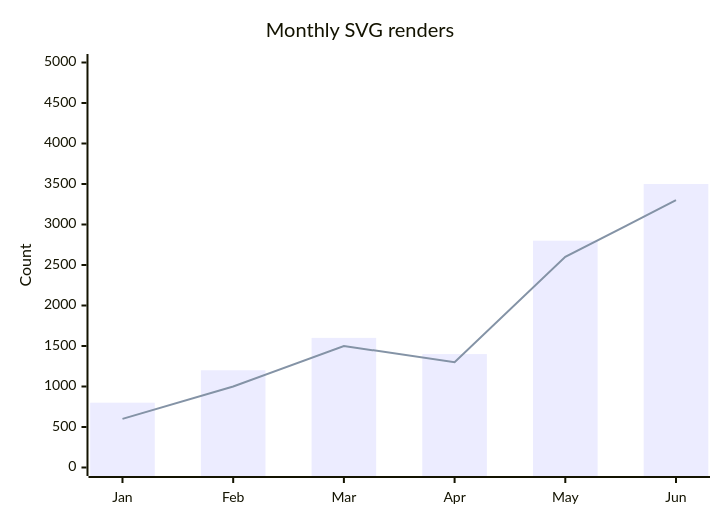
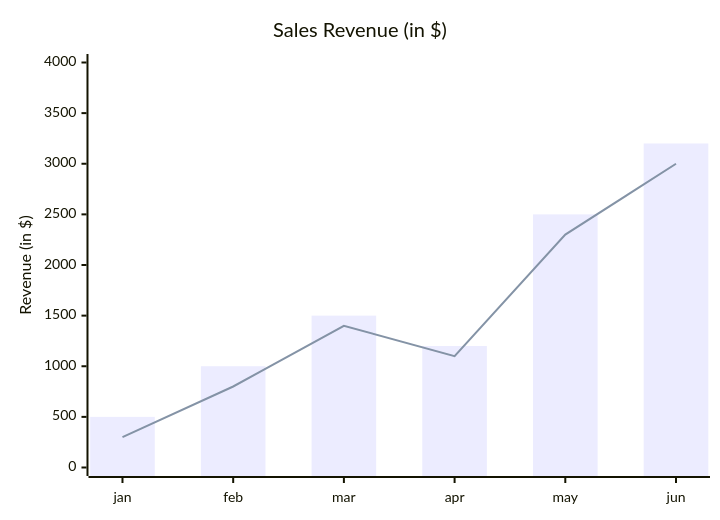
Before and after one commit to nullean/mermaider: diagram 18 of 26 in tests/Mermaider.Tests/Fixtures/mermaid.md, drawn with Mermaid. The commit also changed other lines of this file, not shown here.

Commit message:
Reword mermaid.md fixture prose for Mermaider; keep all diagram content intact

````diff
--- a/tests/Mermaider.Tests/Fixtures/mermaid.md
+++ b/tests/Mermaider.Tests/Fixtures/mermaid.md
@@ -261,8 +248,8 @@
 ```mermaid
 xychart-beta
-    title "Monthly SVG renders"
-    x-axis [Jan, Feb, Mar, Apr, May, Jun]
-    y-axis "Count" 0 --> 5000
-    bar  [800, 1200, 1600, 1400, 2800, 3500]
-    line [600, 1000, 1500, 1300, 2600, 3300]
+    title "Sales Revenue (in $)"
+    x-axis [jan, feb, mar, apr, may, jun]
+    y-axis "Revenue (in $)" 0 --> 4000
+    bar [500, 1000, 1500, 1200, 2500, 3200]
+    line [300, 800, 1400, 1100, 2300, 3000]
 ```
````
